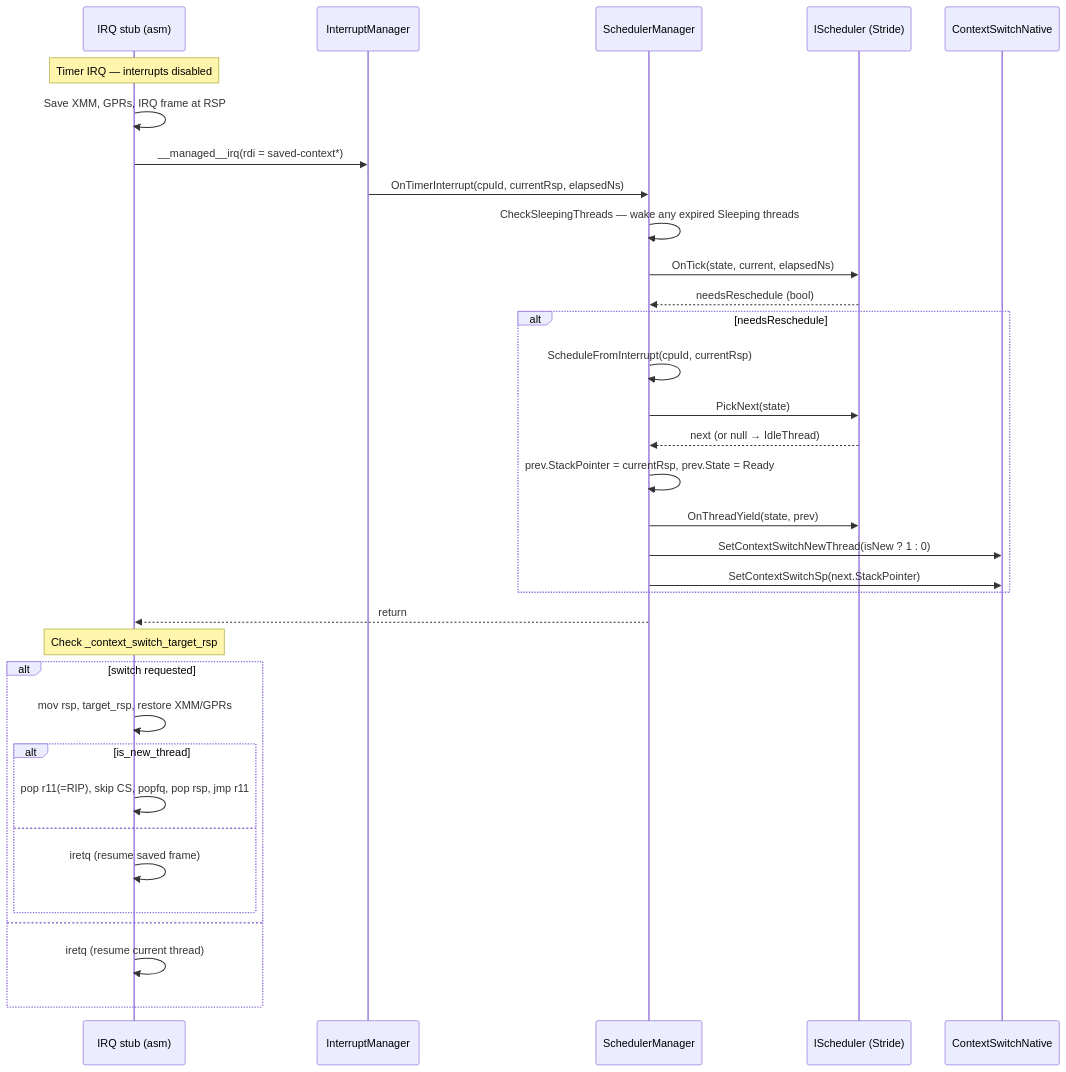
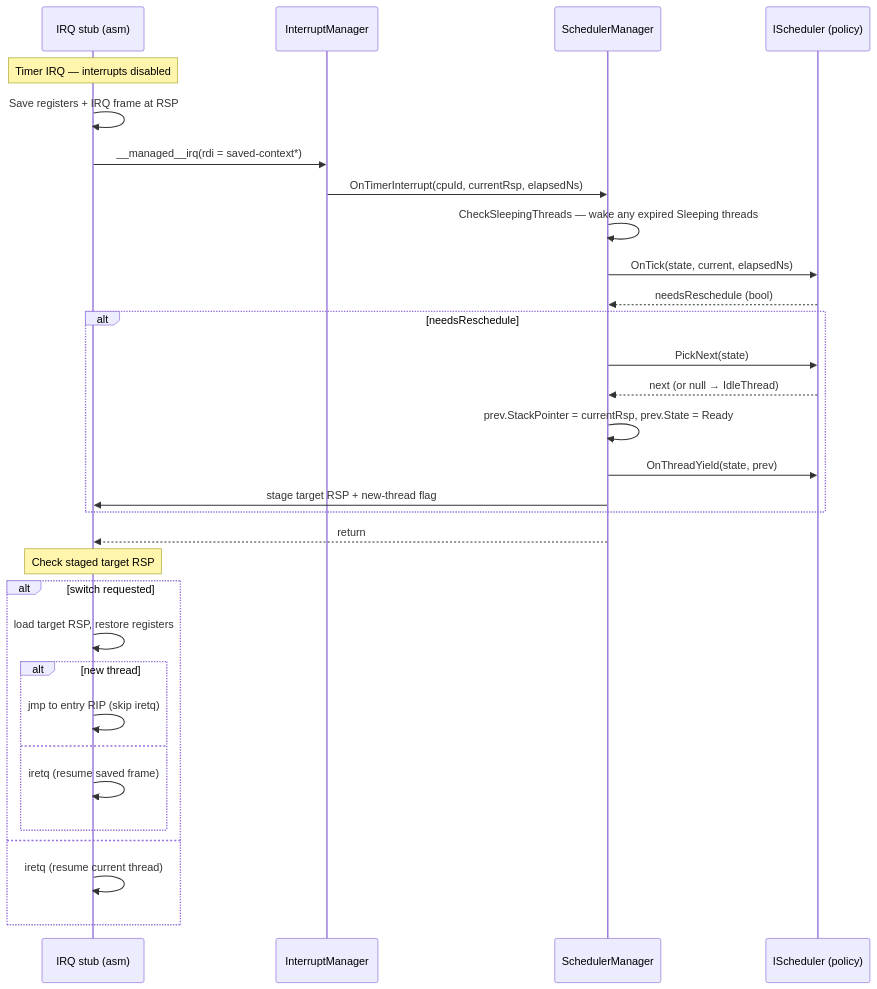
One commit to valentinbreiz/nativeaot-patcher changed the second of 2 diagrams in docs/articles/scheduler.md. Above: the diagram before and after it, drawn with Mermaid. The commit also changed other lines of this file, not shown here.

Commit message:
📝 Refocus scheduler article on architecture and pluggability

````diff
--- a/docs/articles/scheduler.md
+++ b/docs/articles/scheduler.md
@@ -270,37 +138,34 @@
 ```mermaid
 sequenceDiagram
     participant ASM as IRQ stub (asm)
     participant IM as InterruptManager
     participant SM as SchedulerManager
-    participant SC as IScheduler (Stride)
-    participant CSN as ContextSwitchNative
+    participant SC as IScheduler (policy)
 
     Note over ASM: Timer IRQ — interrupts disabled
-    ASM->>ASM: Save XMM, GPRs, IRQ frame at RSP
+    ASM->>ASM: Save registers + IRQ frame at RSP
     ASM->>IM: __managed__irq(rdi = saved-context*)
     IM->>SM: OnTimerInterrupt(cpuId, currentRsp, elapsedNs)
     SM->>SM: CheckSleepingThreads — wake any expired Sleeping threads
     SM->>SC: OnTick(state, current, elapsedNs)
     SC-->>SM: needsReschedule (bool)
     alt needsReschedule
-        SM->>SM: ScheduleFromInterrupt(cpuId, currentRsp)
         SM->>SC: PickNext(state)
         SC-->>SM: next (or null → IdleThread)
         SM->>SM: prev.StackPointer = currentRsp, prev.State = Ready
         SM->>SC: OnThreadYield(state, prev)
-        SM->>CSN: SetContextSwitchNewThread(isNew ? 1 : 0)
-        SM->>CSN: SetContextSwitchSp(next.StackPointer)
+        SM->>ASM: stage target RSP + new-thread flag
     end
     SM-->>ASM: return
-    Note over ASM: Check _context_switch_target_rsp
+    Note over ASM: Check staged target RSP
     alt switch requested
-        ASM->>ASM: mov rsp, target_rsp, restore XMM/GPRs
-        alt is_new_thread
-            ASM->>ASM: pop r11(=RIP), skip CS, popfq, pop rsp, jmp r11
+        ASM->>ASM: load target RSP, restore registers
+        alt new thread
+            ASM->>ASM: jmp to entry RIP (skip iretq)
         else
             ASM->>ASM: iretq (resume saved frame)
         end
     else
         ASM->>ASM: iretq (resume current thread)
     end
 ```
````
